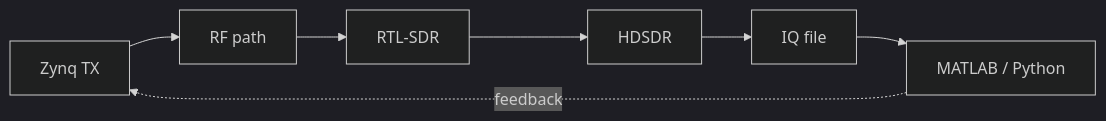
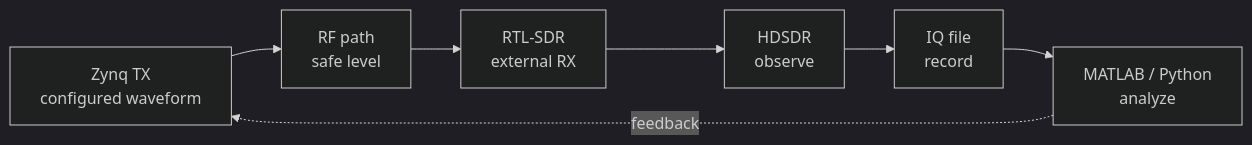
The fourth of 4 diagrams in docs/model-to-measurement.md (Lay007/zynq-sdr-course), drawn with Mermaid (dark theme) before and after one commit. The commit also changed other lines of this file, not shown here.

Commit message:
Finalize IEEE-style diagram system

````diff
--- a/docs/model-to-measurement.md
+++ b/docs/model-to-measurement.md
@@ -81,12 +80,12 @@
 ```mermaid
 flowchart LR
-    TX[Zynq TX]
-    AIR[RF path]
-    RTL[RTL-SDR]
-    HDSDR[HDSDR]
-    FILE[IQ file]
-    MATLAB[MATLAB / Python]
+    TX["Zynq TX<br/>configured waveform"]
+    AIR["RF path<br/>safe level"]
+    RTL["RTL-SDR<br/>external RX"]
+    HDSDR["HDSDR<br/>observe"]
+    FILE["IQ file<br/>record"]
+    MATLAB["MATLAB / Python<br/>analyze"]
 
     TX --> AIR --> RTL --> HDSDR --> FILE --> MATLAB
     MATLAB -. feedback .-> TX
 ```
````
